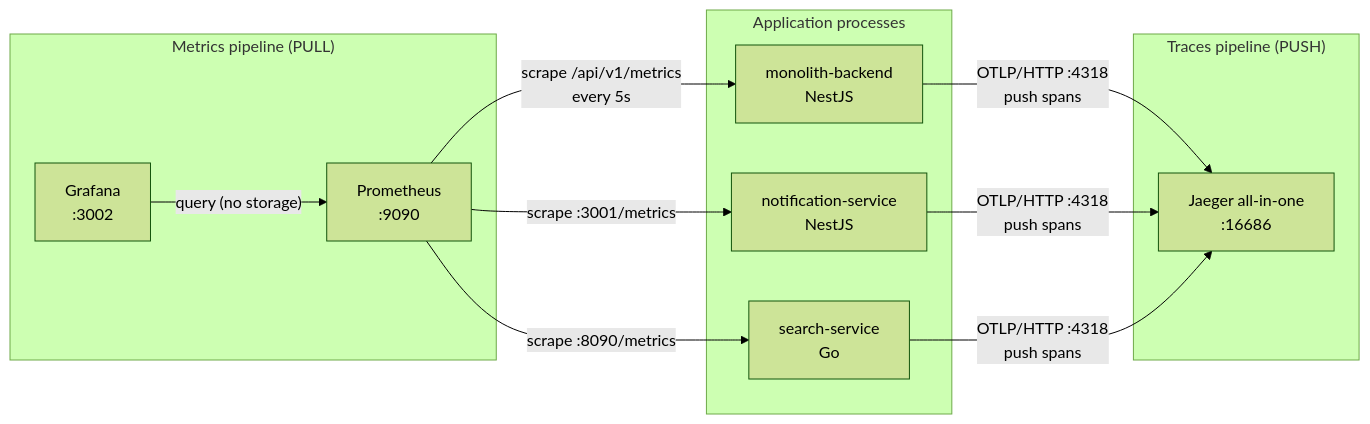
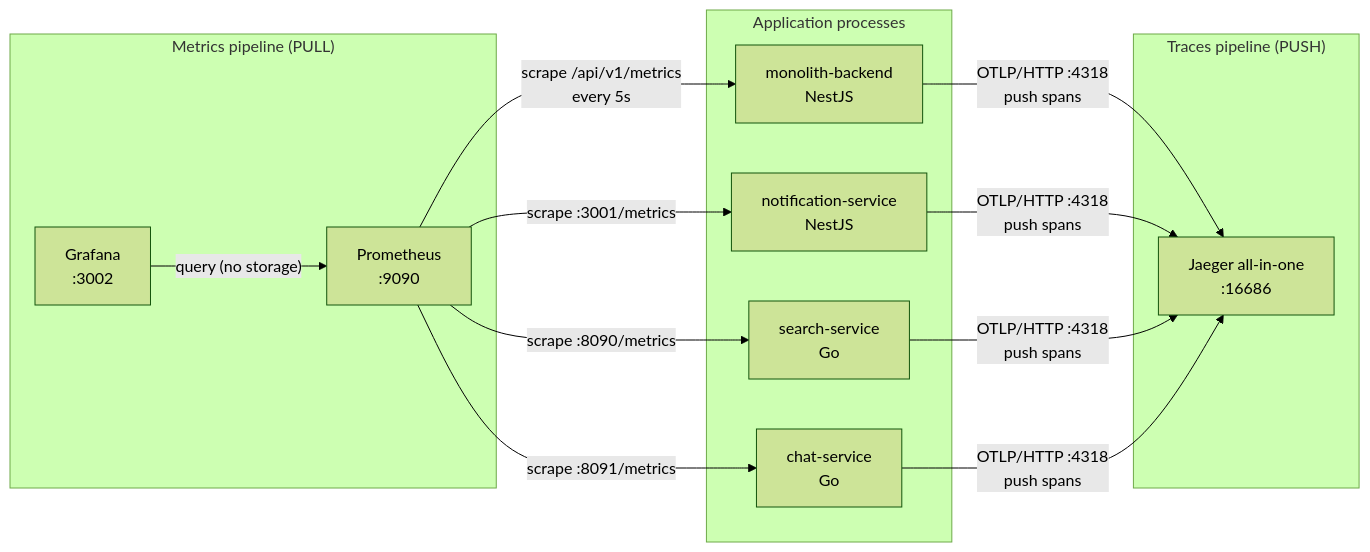
Before and after one commit to chaugiakhang193/fullstack-multi-vendor-ecommerce: the first of 2 diagrams in docs/observability.md, drawn with Mermaid (forest theme). The commit also changed other lines of this file and 1 other file, not shown here.

First line of the commit message:
477. chore(observability): scrape chat-service and document it as the fourth traced service

````diff
--- a/docs/observability.md
+++ b/docs/observability.md
@@ -28,25 +29,28 @@
 ```mermaid
 flowchart LR
     subgraph App["Application processes"]
         MONO["monolith-backend<br/>NestJS"]
         NS["notification-service<br/>NestJS"]
         SEARCH["search-service<br/>Go"]
+        CHAT["chat-service<br/>Go"]
     end
 
     subgraph Traces["Traces pipeline (PUSH)"]
         JAEGER["Jaeger all-in-one<br/>:16686"]
     end
 
     subgraph Metrics["Metrics pipeline (PULL)"]
         PROM["Prometheus<br/>:9090"]
         GRAF["Grafana<br/>:3002"]
     end
 
     MONO -->|"OTLP/HTTP :4318<br/>push spans"| JAEGER
     NS -->|"OTLP/HTTP :4318<br/>push spans"| JAEGER
     SEARCH -->|"OTLP/HTTP :4318<br/>push spans"| JAEGER
+    CHAT -->|"OTLP/HTTP :4318<br/>push spans"| JAEGER
     PROM -->|"scrape /api/v1/metrics<br/>every 5s"| MONO
     PROM -->|"scrape :3001/metrics"| NS
     PROM -->|"scrape :8090/metrics"| SEARCH
+    PROM -->|"scrape :8091/metrics"| CHAT
     GRAF -->|"query (no storage)"| PROM
 ```
````
